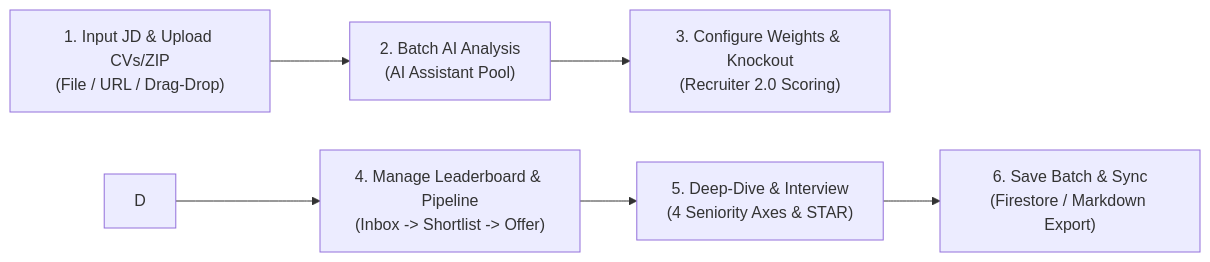
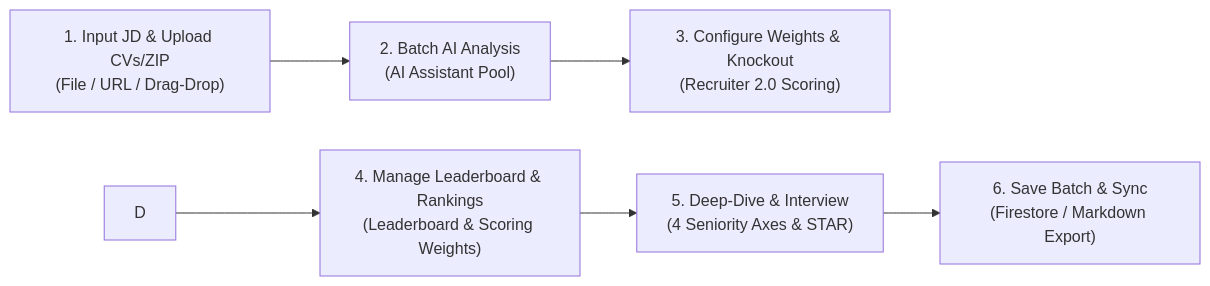
Before and after one commit to vutch86-cmyk/rolematch2: the diagram in docs/RECRUITER_USER_GUIDE_EN.md, drawn with Mermaid. The commit also changed other lines of this file and 5 other files, not shown here.

````diff
--- a/docs/RECRUITER_USER_GUIDE_EN.md
+++ b/docs/RECRUITER_USER_GUIDE_EN.md
@@ -26,8 +25,8 @@
 ```mermaid
 flowchart LR
     A["1. Input JD & Upload CVs/ZIP<br/>(File / URL / Drag-Drop)"] --> B["2. Batch AI Analysis<br/>(AI Assistant Pool)"]
     B --> C["3. Configure Weights & Knockout<br/>(Recruiter 2.0 Scoring)"]
-    D --> E["4. Manage Leaderboard & Pipeline<br/>(Inbox -> Shortlist -> Offer)"]
+    D --> E["4. Manage Leaderboard & Rankings<br/>(Leaderboard & Scoring Weights)"]
     E --> F["5. Deep-Dive & Interview<br/>(4 Seniority Axes & STAR)"]
     F --> G["6. Save Batch & Sync<br/>(Firestore / Markdown Export)"]
 ```
````
